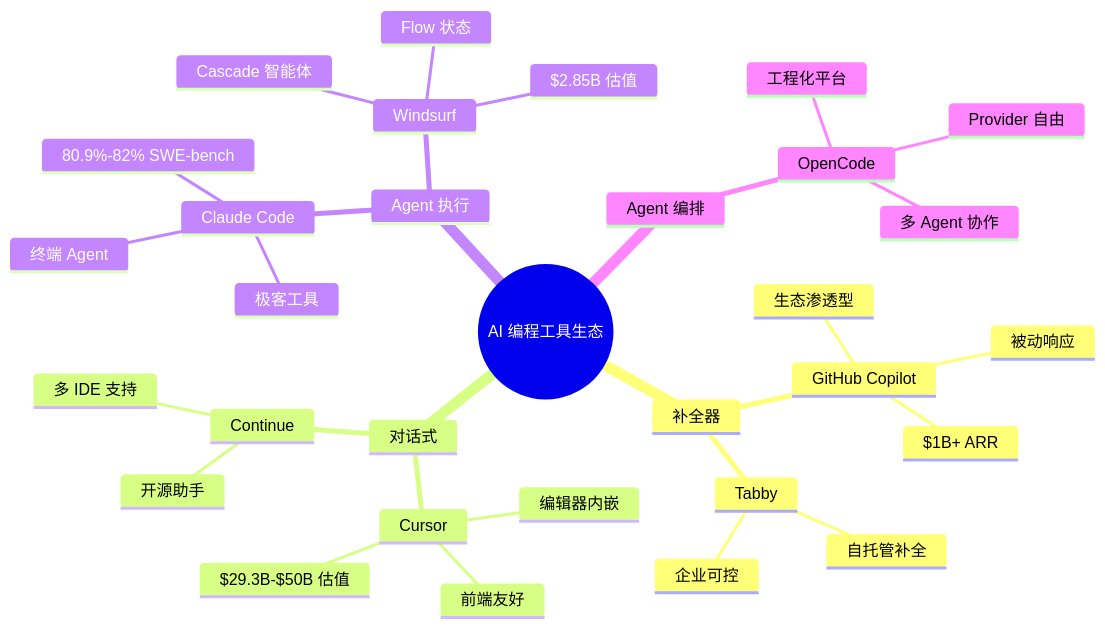
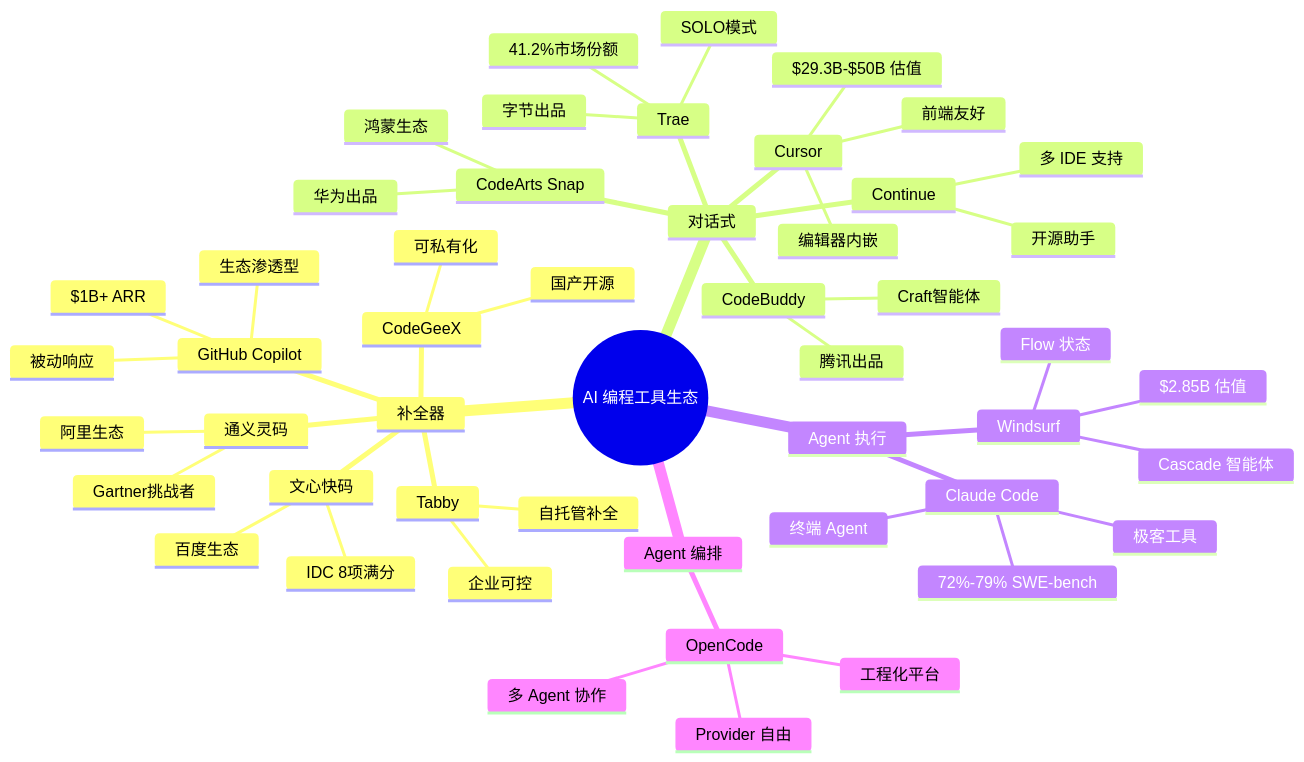
The first of 6 diagrams in src/01-introduction/why-opencode.md (tonydeng/harness-engineering-from-oc-to-ai-coding), drawn with Mermaid before and after one commit. The commit also changed other lines of this file and 81 other files, not shown here.

````diff
--- a/src/01-introduction/why-opencode.md
+++ b/src/01-introduction/why-opencode.md
@@ -80,34 +125,53 @@
 ```mermaid
 mindmap
   root((AI 编程工具生态))
     补全器
       GitHub Copilot
         生态渗透型
         被动响应
         $1B+ ARR
       Tabby
         自托管补全
         企业可控
+      CodeGeeX
+        国产开源
+        可私有化
+      通义灵码
+        阿里生态
+        Gartner挑战者
+      文心快码
+        百度生态
+        IDC 8项满分
     对话式
       Cursor
         编辑器内嵌
         前端友好
         $29.3B-$50B 估值
       Continue
         开源助手
         多 IDE 支持
+      Trae
+        字节出品
+        41.2%市场份额
+        SOLO模式
+      CodeBuddy
+        腾讯出品
+        Craft智能体
+      CodeArts Snap
+        华为出品
+        鸿蒙生态
     Agent 执行
       Claude Code
         终端 Agent
         极客工具
-        80.9%-82% SWE-bench
+        72%-79% SWE-bench
       Windsurf
         Cascade 智能体
         Flow 状态
         $2.85B 估值
     Agent 编排
       OpenCode
         工程化平台
         多 Agent 协作
         Provider 自由
 ```
````
